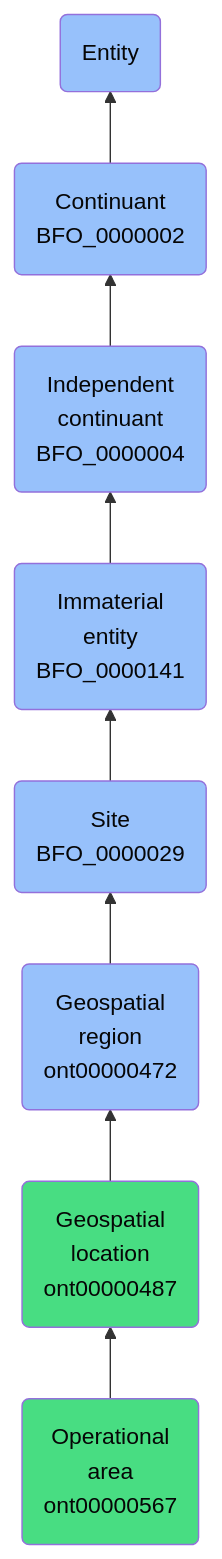
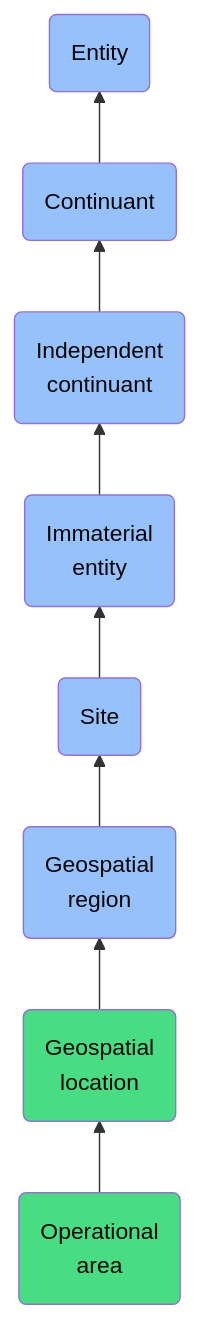
The diagram in docs/ontology/reference/model/Entity/Continuant/Independent continuant/Immaterial entity/Site/Geospatial region/Geospatial location/Operational area/Operational area.md (jupyter-naas/abi), drawn with Mermaid before and after one commit. The commit also changed other lines of this file and 1430 other files, not shown here.

````diff
--- a/docs/ontology/reference/model/Entity/Continuant/Independent continuant/Immaterial entity/Site/Geospatial region/Geospatial location/Operational area/Operational area.md
+++ b/docs/ontology/reference/model/Entity/Continuant/Independent continuant/Immaterial entity/Site/Geospatial region/Geospatial location/Operational area/Operational area.md
@@ -24,15 +24,15 @@
 ```mermaid
 graph BT
-    ont00000567(Operational<br>area<br>ont00000567):::ABI-->ont00000487
-    ont00000487(Geospatial<br>location<br>ont00000487):::ABI-->ont00000472
-    ont00000472(Geospatial<br>region<br>ont00000472):::BFO-->BFO_0000029
-    BFO_0000029(Site<br>BFO_0000029):::BFO-->BFO_0000141
-    BFO_0000141(Immaterial<br>entity<br>BFO_0000141):::BFO-->BFO_0000004
-    BFO_0000004(Independent<br>continuant<br>BFO_0000004):::BFO-->BFO_0000002
-    BFO_0000002(Continuant<br>BFO_0000002):::BFO-->BFO_0000001
+    ont00000567(Operational<br>area):::ABI-->ont00000487
+    ont00000487(Geospatial<br>location):::ABI-->ont00000472
+    ont00000472(Geospatial<br>region):::BFO-->BFO_0000029
+    BFO_0000029(Site):::BFO-->BFO_0000141
+    BFO_0000141(Immaterial<br>entity):::BFO-->BFO_0000004
+    BFO_0000004(Independent<br>continuant):::BFO-->BFO_0000002
+    BFO_0000002(Continuant):::BFO-->BFO_0000001
     BFO_0000001(Entity):::BFO
     
     classDef BFO fill:#97c1fb,color:#060606
     classDef CCO fill:#e4c51e,color:#060606
     classDef ABI fill:#48DD82,color:#060606
 ```
````
